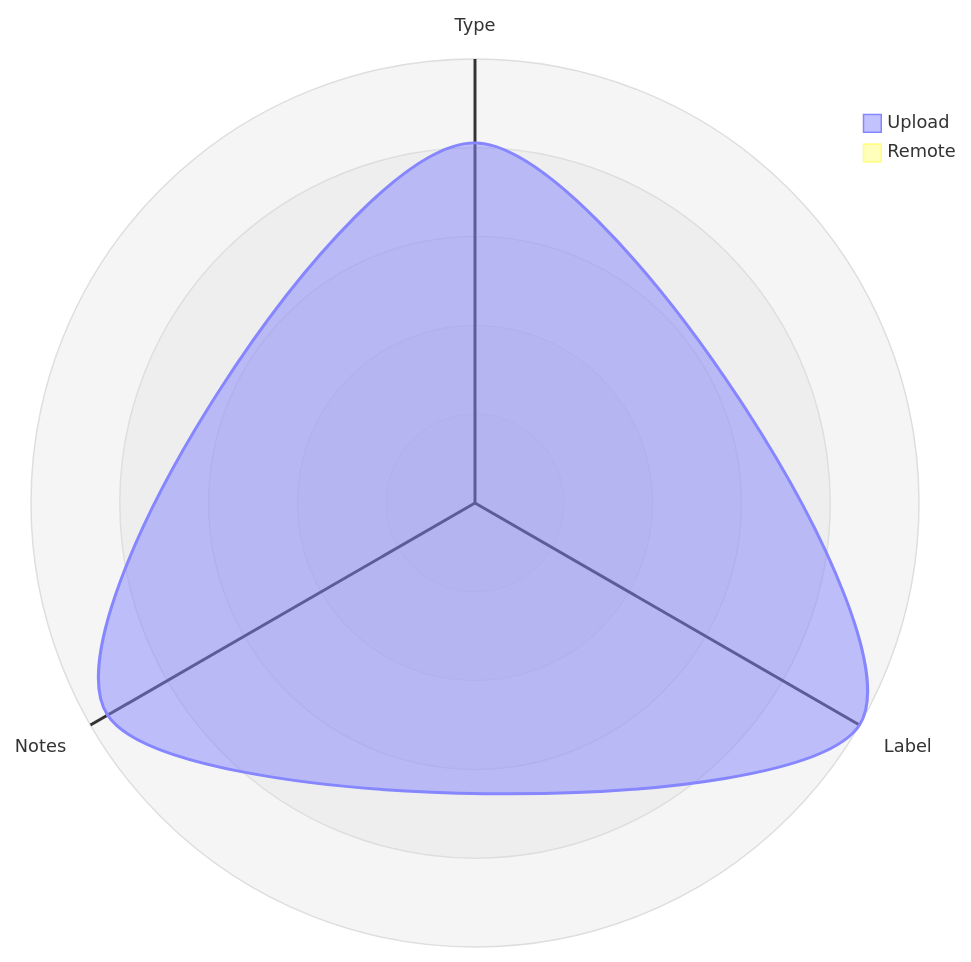
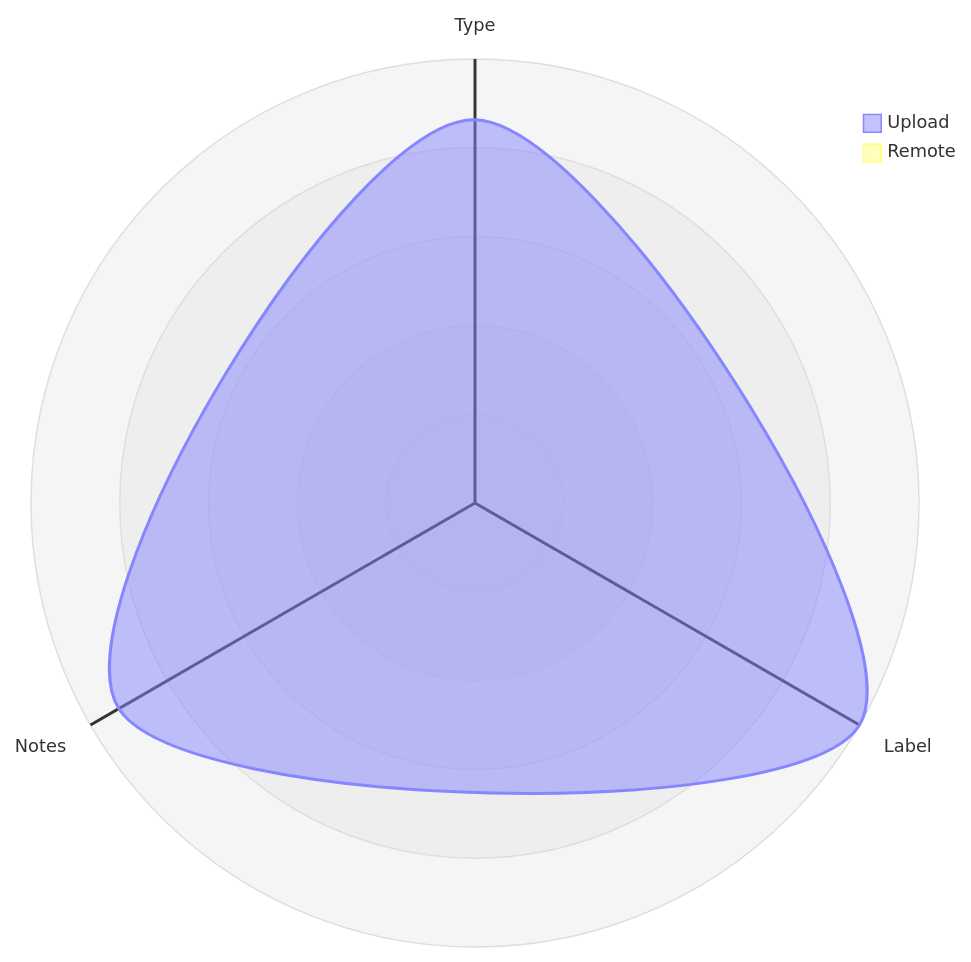
One commit to open-data/analytics-corporate-reporting changed the third of 5 diagrams in datastore_tracker/README.md. Above: the diagram before and after it, drawn with Mermaid. The commit also changed other lines of this file and 11 other files, not shown here.

````diff
--- a/datastore_tracker/README.md
+++ b/datastore_tracker/README.md
@@ -106,12 +106,12 @@
 ```mermaid
 radar-beta
   axis T["Type"], L["Label"], N["Notes"]
-  curve u["Upload"]{0.00073, 0.0009, 0.00086}
+  curve u["Upload"]{0.00082, 0.00095, 0.00088}
   curve r["Remote"]{0, 0, 0}
 
   showLegend true
 
   min 0
   graticule circle
   ticks 5
 ```
````
